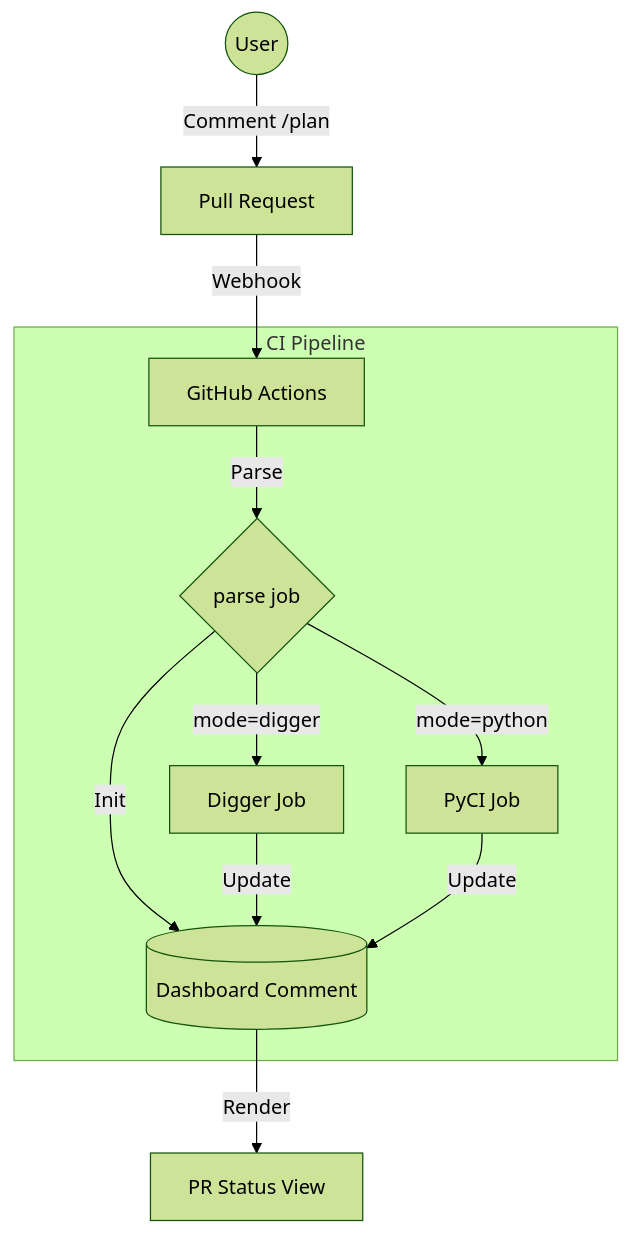
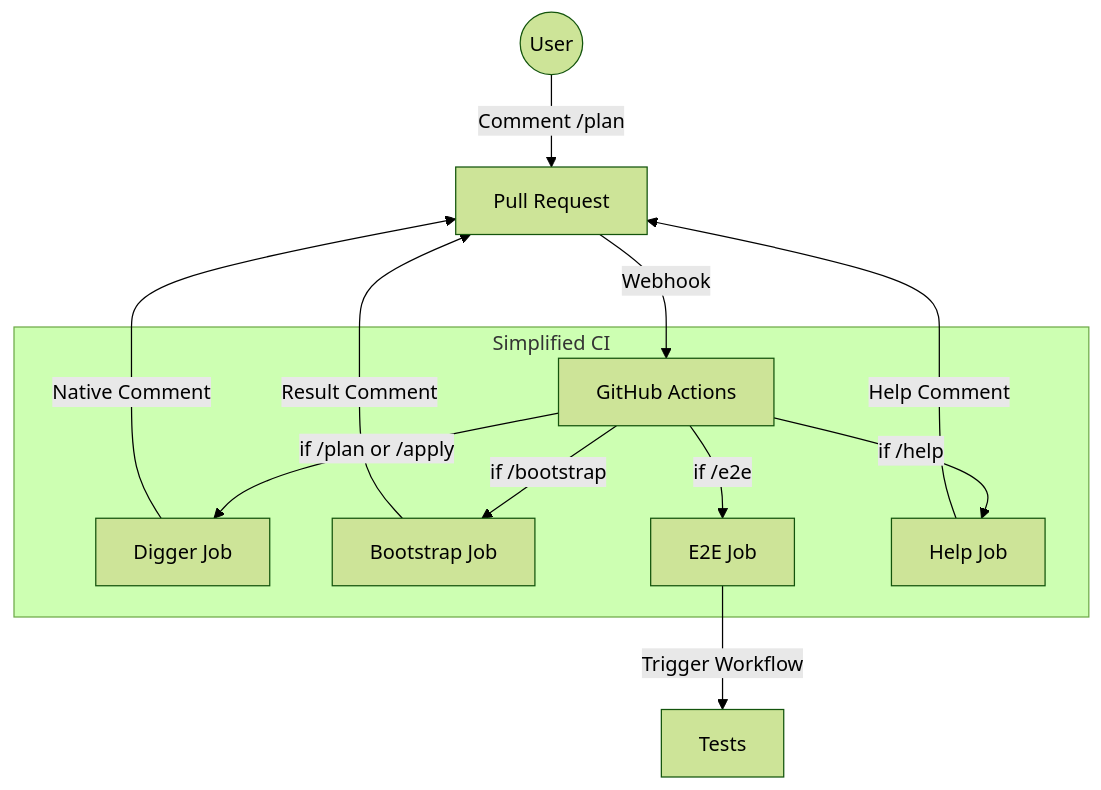
Before and after one commit to wangzitian0/infra: the diagram in docs/ssot/ops.pipeline.md, drawn with Mermaid (forest theme). The commit also changed other lines of this file and 12 other files, not shown here.

First line of the commit message:
refactor(ci): simplify pipeline - remove Dashboard, use Digger native (#448)

````diff
--- a/docs/ssot/ops.pipeline.md
+++ b/docs/ssot/ops.pipeline.md
@@ -31,16 +40,17 @@
 ```mermaid
 flowchart TD
     User((User)) -->|Comment /plan| PR[Pull Request]
     PR -->|Webhook| GA[GitHub Actions]
     
-    subgraph "CI Pipeline"
-        GA -->|Parse| Router{parse job}
-        Router -->|Init| Dashboard[(Dashboard Comment)]
-        Router -->|mode=digger| DG[Digger Job]
-        Router -->|mode=python| PyCI[PyCI Job]
+    subgraph "Simplified CI"
+        GA -->|if /plan or /apply| Digger[Digger Job]
+        GA -->|if /bootstrap| Bootstrap[Bootstrap Job]
+        GA -->|if /e2e| E2E[E2E Job]
+        GA -->|if /help| Help[Help Job]
     end
     
-    DG -->|Update| Dashboard
-    PyCI -->|Update| Dashboard
-    Dashboard -->|Render| Status[PR Status View]
+    Digger -->|Native Comment| PR
+    Bootstrap -->|Result Comment| PR
+    E2E -->|Trigger Workflow| Tests
+    Help -->|Help Comment| PR
 ```
````
